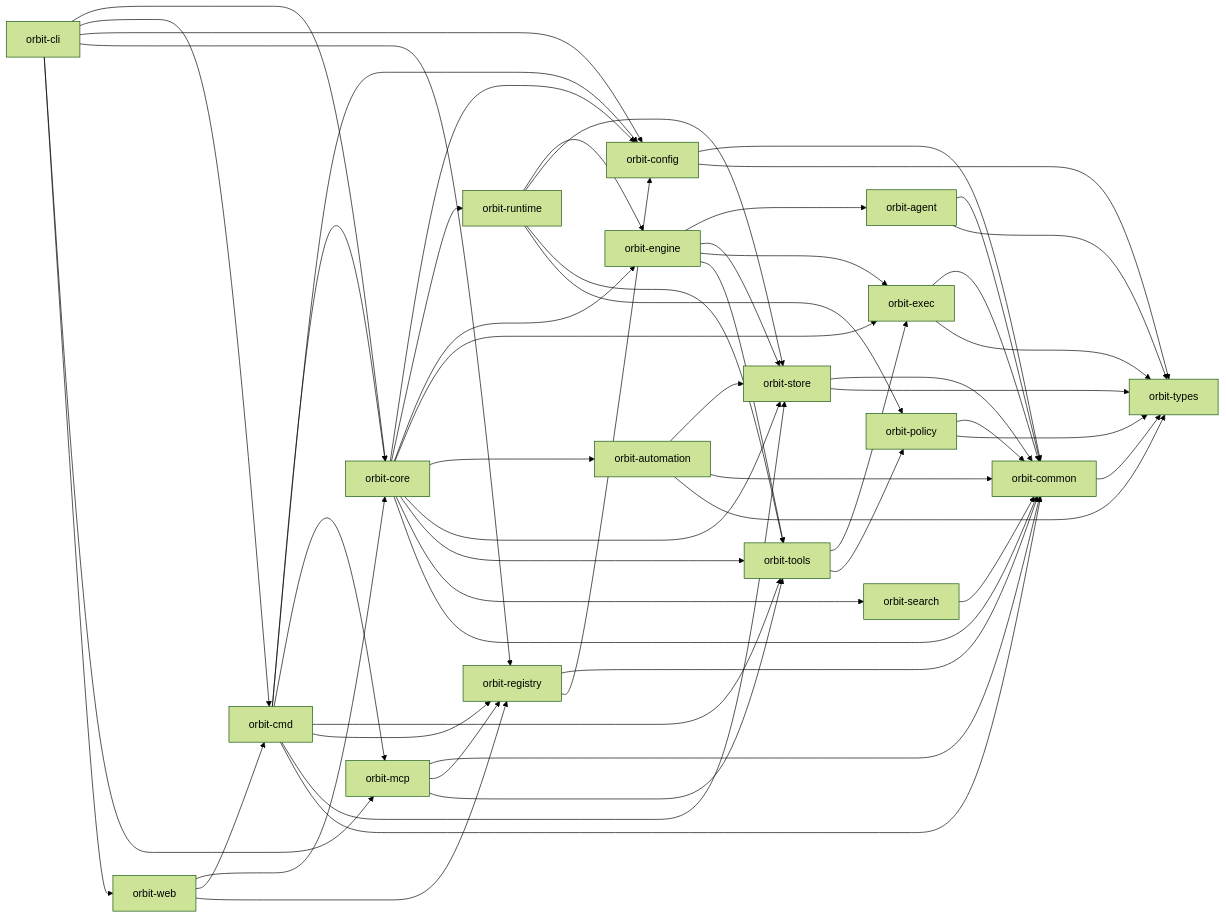
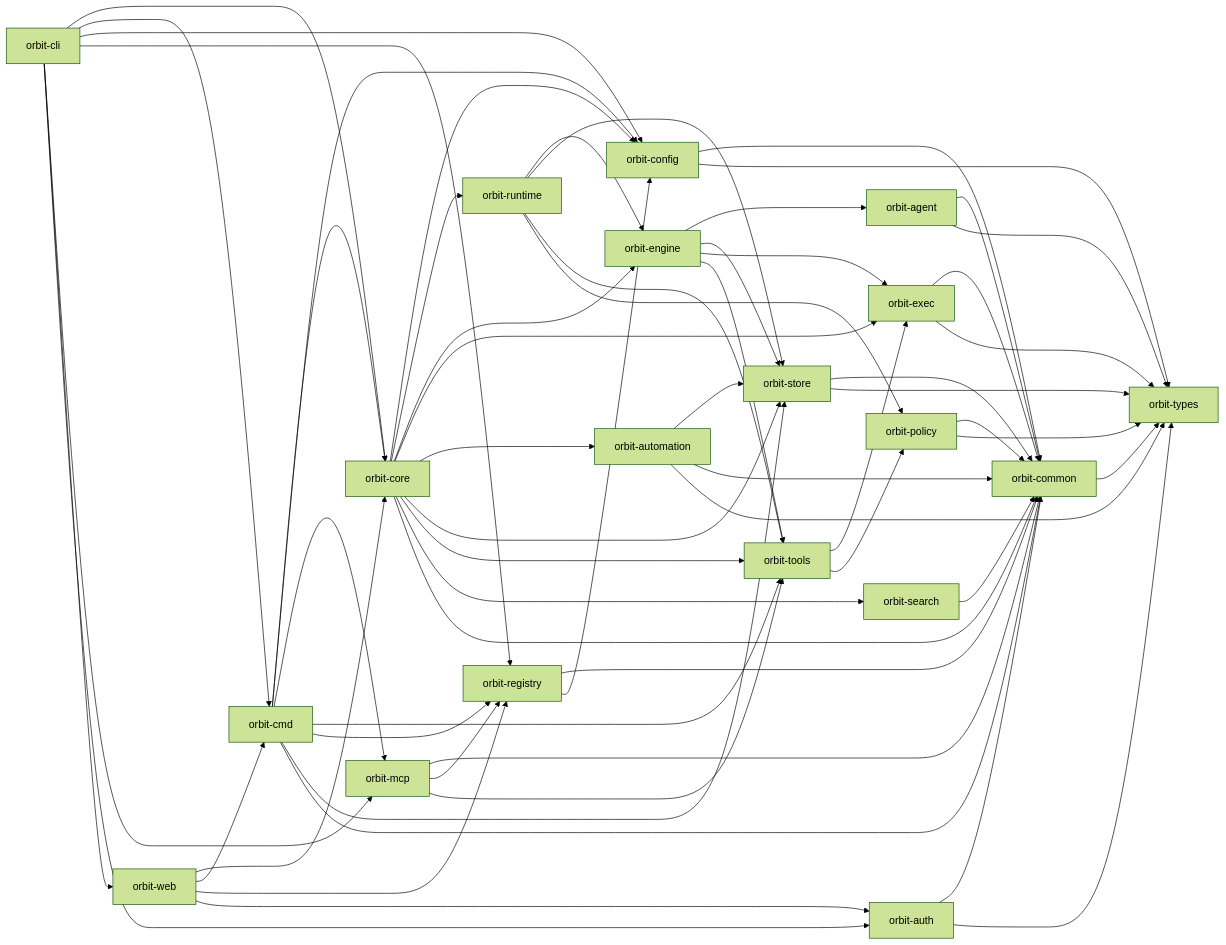
Before and after one commit to constellation-works/orbit: the diagram in website/src/content/docs/contributing/crate-layout.md, drawn with Mermaid (forest theme). The commit also changed other lines of this file and 1 other file, not shown here.

First line of the commit message:
chore: [auto-task] Website accuracy — validate the oldest orbit-cli.com… [ORB-21593]

````diff
--- a/website/src/content/docs/contributing/crate-layout.md
+++ b/website/src/content/docs/contributing/crate-layout.md
@@ -33,58 +34,62 @@
 ```mermaid
 flowchart LR
   CLI["orbit-cli"] --> Core["orbit-core"]
   CLI --> Cmd["orbit-cmd"]
   CLI --> Config["orbit-config"]
   CLI --> Registry["orbit-registry"]
   CLI --> MCP["orbit-mcp"]
   CLI --> Web["orbit-web"]
+  CLI --> Auth["orbit-auth"]
   Cmd --> Core
   Cmd --> Config
   Cmd --> MCP
   Cmd --> Tools["orbit-tools"]
   Cmd --> Registry
   Cmd --> Store["orbit-store"]
   Core --> Config
   Core --> Runtime["orbit-runtime"]
   Core --> Engine["orbit-engine"]
   Core --> Exec["orbit-exec"]
   Core --> Automation["orbit-automation"]
   Automation --> Store
   Automation --> Common["orbit-common"]
   Automation --> Types["orbit-types"]
   Core --> Store
   Core --> Tools
   Core --> Search["orbit-search"]
   Runtime --> Engine
   Runtime --> Store
   Runtime --> Tools
   Runtime --> Policy["orbit-policy"]
   Engine --> Agent["orbit-agent"]
   Engine --> Store
   Engine --> Exec
   Engine --> Tools
   Tools --> Exec
   Tools --> Policy
   Exec --> Common
   Policy --> Common
   Store --> Common
   Agent --> Common
   Agent --> Types
   Search --> Common
   MCP --> Common
   MCP --> Registry
   MCP --> Tools
   Registry --> Common
   Registry --> Config
   Web --> Core
   Web --> Cmd
   Web --> Registry
+  Web --> Auth
   Cmd --> Common
   Core --> Common
   Config --> Common
   Config --> Types
   Common --> Types
   Exec --> Types
+  Auth --> Common
+  Auth --> Types
   Policy --> Types
   Store --> Types
 ```
````
